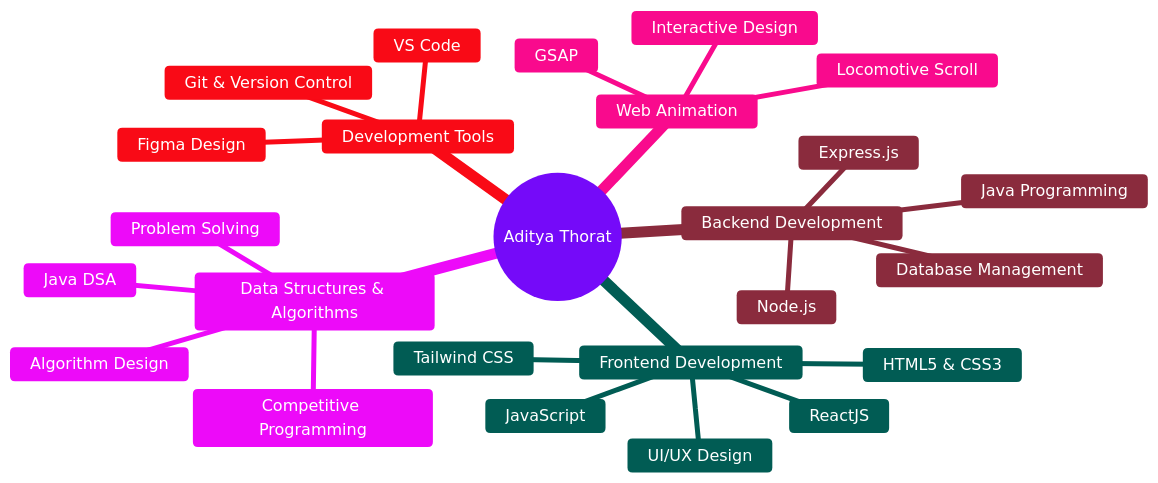
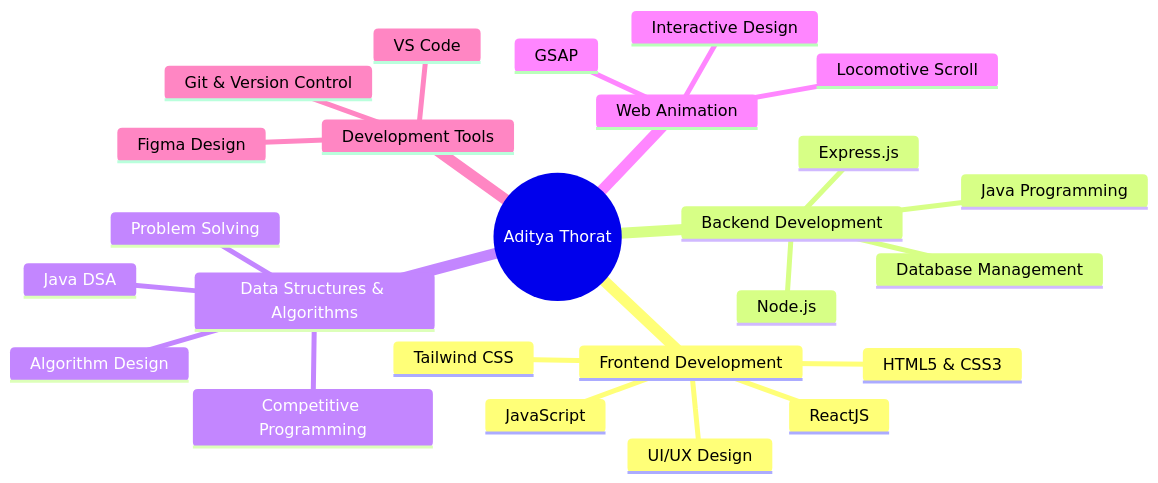
One commit to AdiThorat-eth/AdiThorat-eth changed the diagram in README.md. Above: the diagram before and after it, drawn with Mermaid.

Commit message:
Modify mermaid chart theme in README
Updated mermaid chart theme variables in README.

````diff
--- a/README.md
+++ b/README.md
@@ -85,29 +85,28 @@
 ```mermaid
-%%{init: {'theme':'base', 'themeVariables': { 'primaryColor':'#bb86fc','primaryTextColor':'#fff','primaryBorderColor':'#7c4dff','lineColor':'#bb86fc','secondaryColor':'#03dac6','tertiaryColor':'#cf6679','fontSize':'16px'}}}%%
 mindmap
   root((Aditya Thorat))
     Frontend Development
       ReactJS
       HTML5 & CSS3
       JavaScript
       Tailwind CSS
       UI/UX Design
     Backend Development
       Java Programming
       Node.js
       Express.js
       Database Management
     Data Structures & Algorithms
       Problem Solving
       Algorithm Design
       Java DSA
       Competitive Programming
     Web Animation
       GSAP
       Locomotive Scroll
       Interactive Design
     Development Tools
       Git & Version Control
       VS Code
       Figma Design
 ```
````
